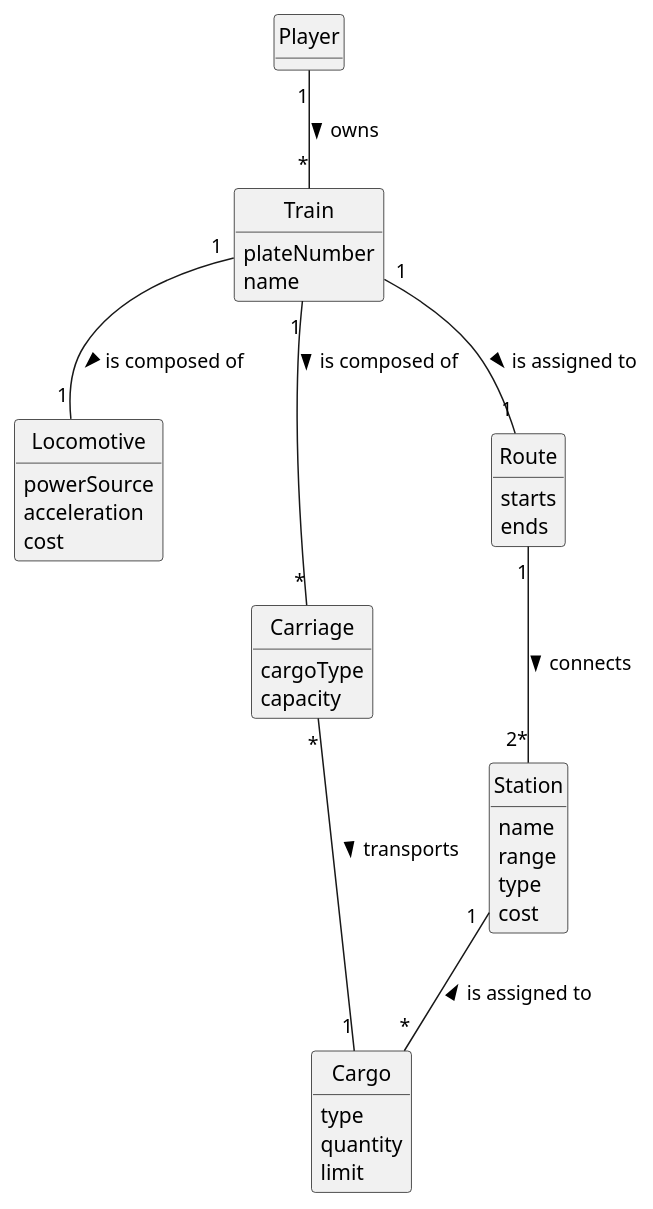
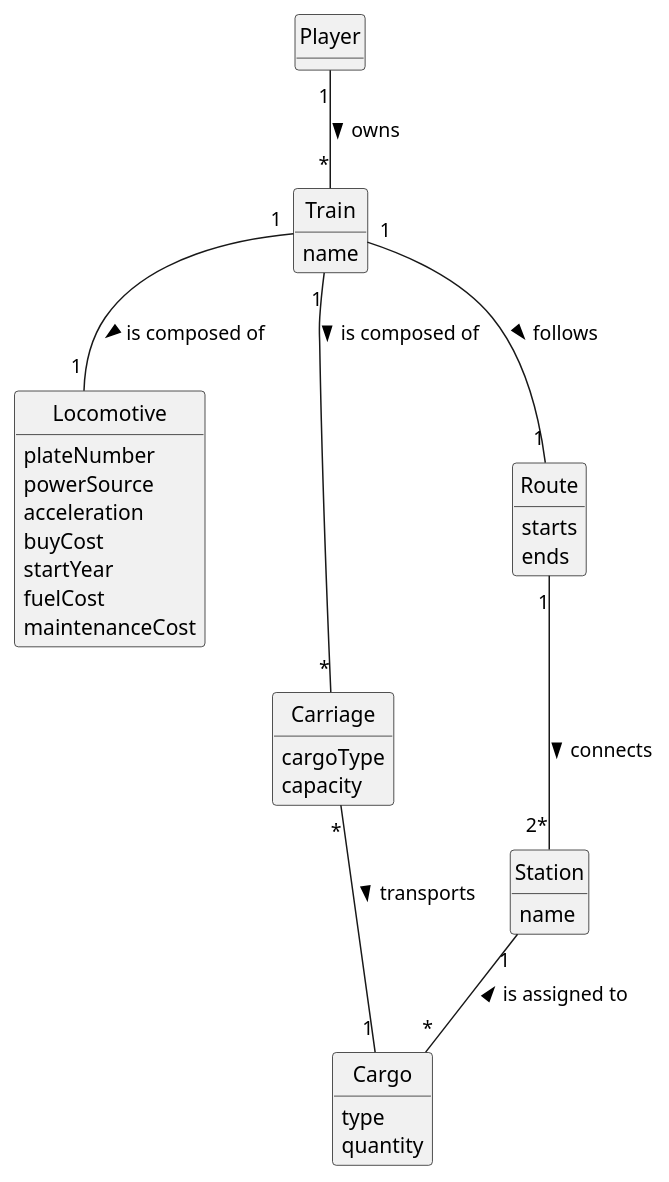
Before and after one commit to 1240826/empire-on-tracks: the diagram in docs/system-documentation/US010/02.analysis/puml/US010-DM.puml, drawn with PlantUML. The commit also changed 10 other files, not shown here.

```diff
--- a/docs/system-documentation/US010/02.analysis/puml/US010-DM.puml
+++ b/docs/system-documentation/US010/02.analysis/puml/US010-DM.puml
@@ -1,58 +1,57 @@
 @startuml
 skinparam monochrome true
 skinparam packageStyle rectangle
 skinparam shadowing false
 
 skinparam classAttributeIconSize 0
 
 hide circle
 hide methods
 
 'title Domain Model for US010 - Assign a Train to a Route
 
 class Player {
 }
 
 class Train {
-    plateNumber
     name
 }
 
 class Locomotive {
-    powerSource
-    acceleration
-    cost
+     plateNumber
+     powerSource
+     acceleration
+     buyCost
+     startYear
+     fuelCost
+     maintenanceCost
 }
 
 class Carriage {
     cargoType
     capacity
 }
 
 class Route {
     starts
     ends
 }
 
 class Station {
     name
-    range
-    type
-    cost
 }
 
 class Cargo {
     type
     quantity
-    limit
 }
 
 Player "1" -- "*" Train : owns >
-Train "1" -- "1" Route : is assigned to >
+Train "1" -- "1" Route : follows >
 Train "1" -- "1" Locomotive : is composed of >
 Train "1" -- "*" Carriage : is composed of >
 Route "1" -- "2*" Station : connects >
 Station "1" -- "*" Cargo : is assigned to <
 Carriage "*" -- "1" Cargo : transports >
 
 @enduml
```
